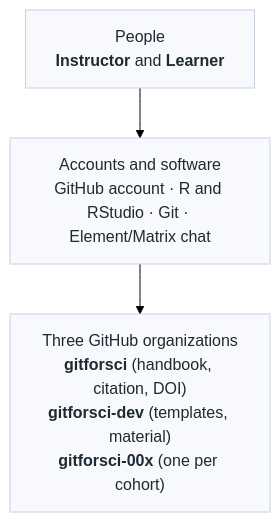
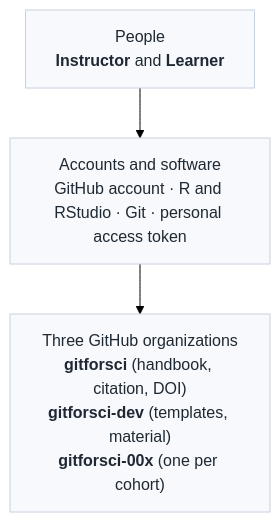
One commit to gitforsci/website changed the second of 2 diagrams in intro.qmd. Above: the diagram before and after it, drawn with Mermaid (forest theme). The commit also changed other lines of this file and 17 other files, not shown here.

````diff
--- a/intro.qmd
+++ b/intro.qmd
@@ -36,12 +36,12 @@
 ```{mermaid}
 %%| label: fig-overview
 flowchart TD
     classDef layer fill:#f7f9fc,stroke:#c7d2e0,color:#1f2933;
 
     P["People<br/><b>Instructor</b> and <b>Learner</b>"]:::layer
-    A["Accounts and software<br/>GitHub account · R and RStudio · Git · Element/Matrix chat"]:::layer
+    A["Accounts and software<br/>GitHub account · R and RStudio · Git · personal access token"]:::layer
     O["Three GitHub organizations<br/><b>gitforsci</b> (handbook, citation, DOI)<br/><b>gitforsci-dev</b> (templates, material)<br/><b>gitforsci-00x</b> (one per cohort)"]:::layer
 
     P --> A
     A --> O
 ```
````
